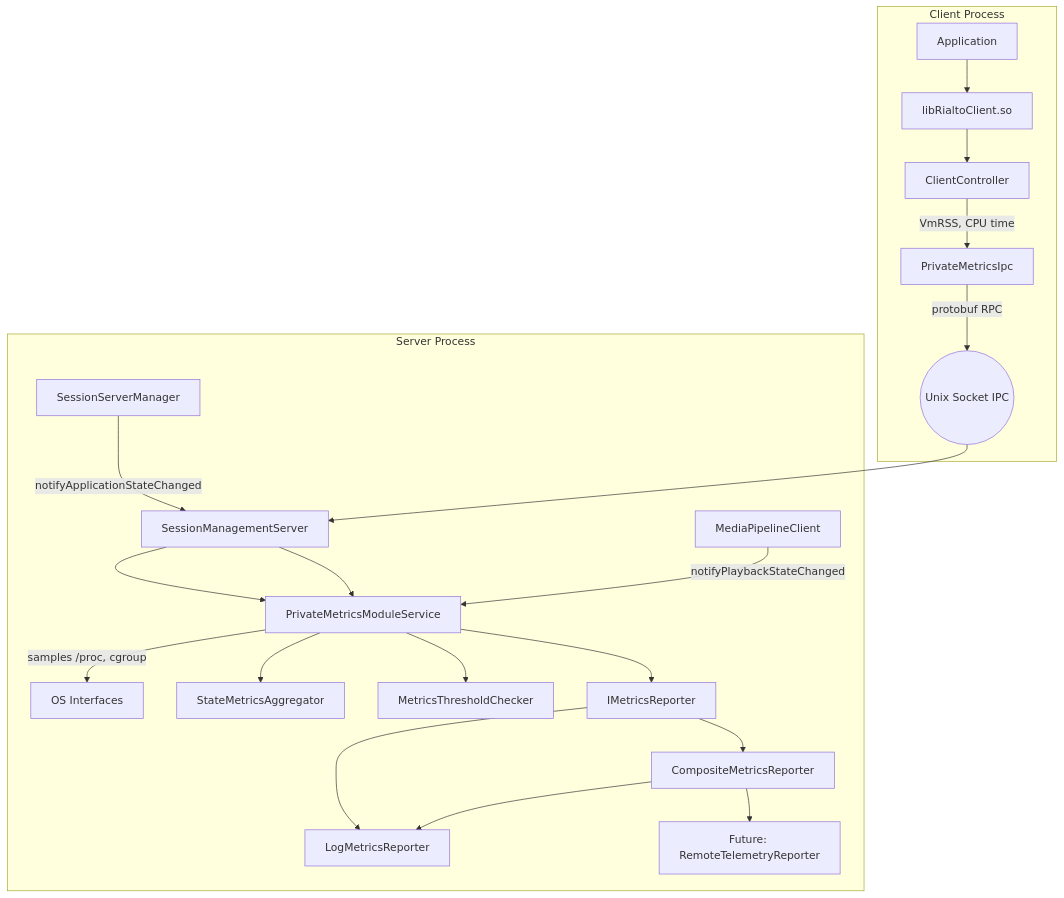
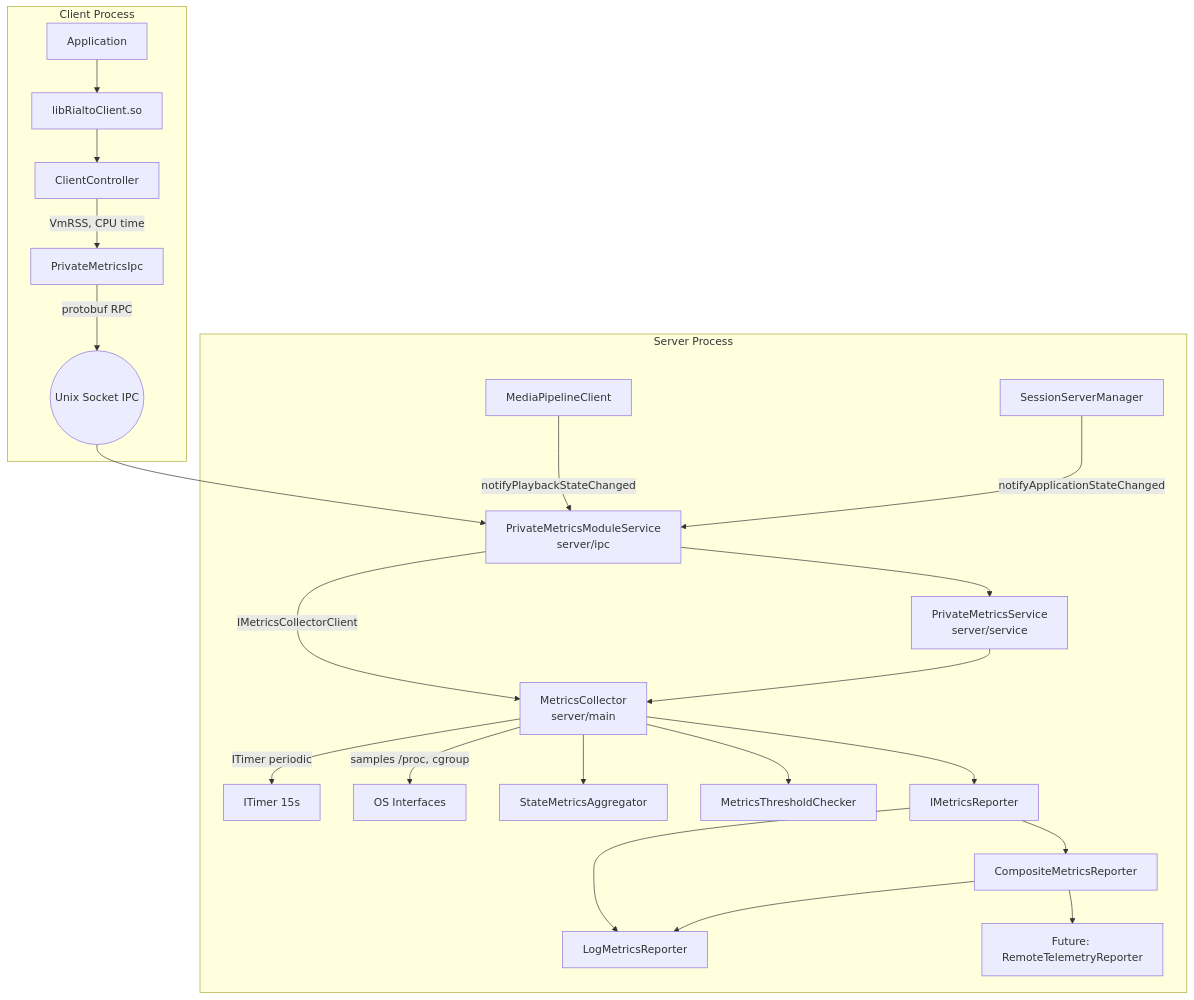
The second of 2 diagrams in docs/MetricsDesign.md (rdkcentral/rialto), drawn with Mermaid before and after one commit. The commit also changed other lines of this file and 32 other files, not shown here.

````diff
--- a/docs/MetricsDesign.md
+++ b/docs/MetricsDesign.md
@@ -149,27 +210,31 @@
 ```mermaid
 graph TD
     subgraph Client Process
         APP[Application] --> RCL[libRialtoClient.so]
         RCL --> CC[ClientController]
         CC -->|VmRSS, CPU time| PI[PrivateMetricsIpc]
         PI -->|protobuf RPC| IPC((Unix Socket IPC))
     end
 
     subgraph Server Process
-        IPC --> SMS2[SessionManagementServer]
-        SMS2 --> PMS[PrivateMetricsModuleService]
-        PMS -->|samples /proc, cgroup| OS[OS Interfaces]
-        PMS --> AGG[StateMetricsAggregator]
-        PMS --> THR[MetricsThresholdChecker]
-        PMS --> REP[IMetricsReporter]
+        IPC --> PMS[PrivateMetricsModuleService<br/>server/ipc]
+        PMS -->|IMetricsCollectorClient| MC
+
+        PMS --> PSVC[PrivateMetricsService<br/>server/service]
+        PSVC --> MC[MetricsCollector<br/>server/main]
+
+        MC -->|ITimer periodic| TIMER[ITimer 15s]
+        MC -->|samples /proc, cgroup| OS[OS Interfaces]
+        MC --> AGG[StateMetricsAggregator]
+        MC --> THR[MetricsThresholdChecker]
+        MC --> REP[IMetricsReporter]
 
         MPC[MediaPipelineClient] -->|notifyPlaybackStateChanged| PMS
-        SMS[SessionServerManager] -->|notifyApplicationStateChanged| SMS2
-        SMS2 --> PMS
+        SMS[SessionServerManager] -->|notifyApplicationStateChanged| PMS
 
         REP --> LOG[LogMetricsReporter]
         REP --> COMP[CompositeMetricsReporter]
         COMP --> LOG
         COMP --> REMOTE[Future: RemoteTelemetryReporter]
     end
 ```
````
